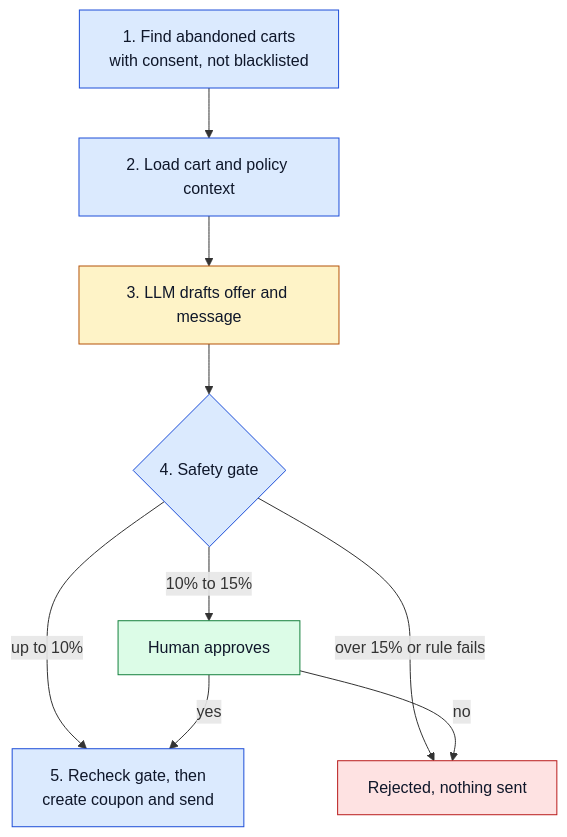
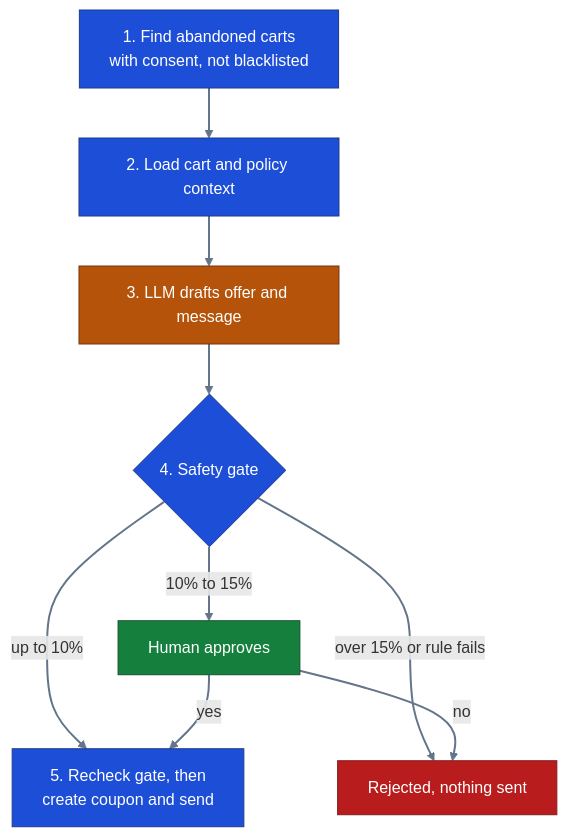
Before and after one commit to aymanaboghonim/odoo-agentic-retention-engine: the diagram in README.md, drawn with Mermaid. The commit also changed other lines of this file, not shown here.

Commit message:
docs: dark-mode-safe README diagram colors and thicker edges
Refs #100

````diff
--- a/README.md
+++ b/README.md
@@ -16,26 +16,27 @@
 ```mermaid
 flowchart TD
     scan["1. Find abandoned carts<br/>with consent, not blacklisted"]
     context["2. Load cart and policy context"]
     llm["3. LLM drafts offer and message"]
     gate{"4. Safety gate"}
     human["Human approves"]
     stop["Rejected, nothing sent"]
     act["5. Recheck gate, then<br/>create coupon and send"]
 
     scan --> context --> llm --> gate
     gate -- "10% to 15%" --> human
     gate -- "over 15% or rule fails" --> stop
     gate -- "up to 10%" --> act
     human -- "yes" --> act
     human -- "no" --> stop
 
-    classDef code fill:#dbeafe,stroke:#1d4ed8,color:#0f172a
-    classDef model fill:#fef3c7,stroke:#b45309,color:#0f172a
-    classDef person fill:#dcfce7,stroke:#15803d,color:#0f172a
-    classDef halt fill:#fee2e2,stroke:#b91c1c,color:#0f172a
+    linkStyle default stroke:#64748b,stroke-width:2px
+    classDef code fill:#1d4ed8,stroke:#1e3a8a,color:#ffffff
+    classDef model fill:#b45309,stroke:#78350f,color:#ffffff
+    classDef person fill:#15803d,stroke:#14532d,color:#ffffff
+    classDef halt fill:#b91c1c,stroke:#7f1d1d,color:#ffffff
     class scan,context,gate,act code
     class llm model
     class human person
     class stop halt
 ```
````
